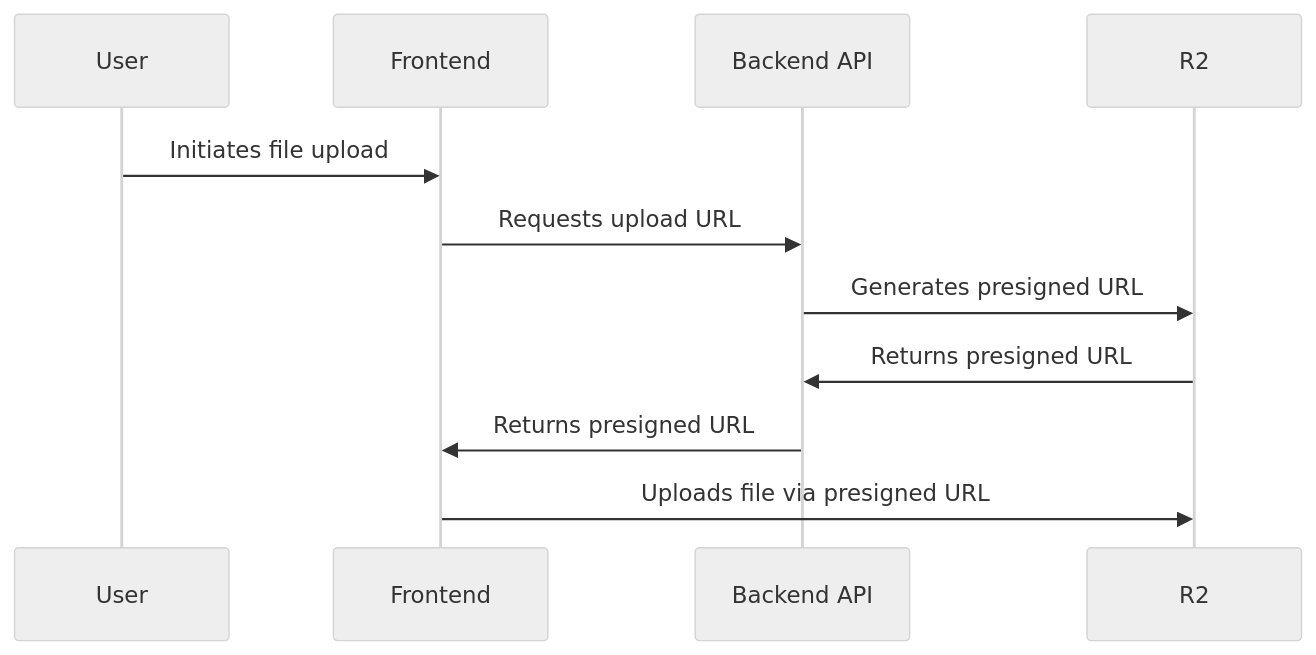
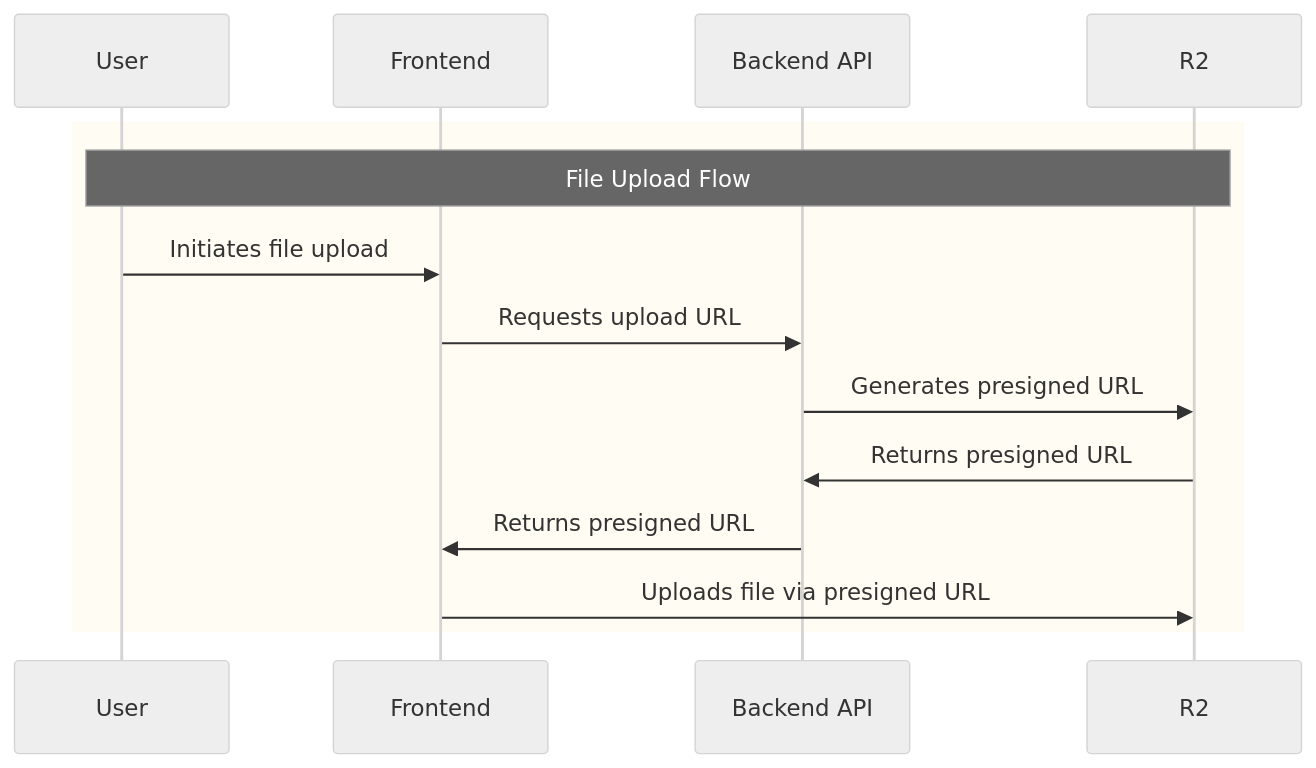
Before and after one commit to codevibesmatter/admin-cloudflare: the seventh of 12 diagrams in docs/ARCHITECTURE.md, drawn with Mermaid (neutral theme). The commit also changed other lines of this file and 18 other files, not shown here.

````diff
--- a/docs/ARCHITECTURE.md
+++ b/docs/ARCHITECTURE.md
@@ -413,14 +416,17 @@
 ```mermaid
 sequenceDiagram
     participant User
     participant Frontend
     participant Backend API
     participant R2
 
-    User->>Frontend: Initiates file upload
-    Frontend->>Backend API: Requests upload URL
-    Backend API->>R2: Generates presigned URL
-    R2->>Backend API: Returns presigned URL
-    Backend API->>Frontend: Returns presigned URL
-    Frontend->>R2: Uploads file via presigned URL
+    rect rgb(255, 253, 243)
+        Note over User,R2: File Upload Flow
+        User->>Frontend: Initiates file upload
+        Frontend->>Backend API: Requests upload URL
+        Backend API->>R2: Generates presigned URL
+        R2->>Backend API: Returns presigned URL
+        Backend API->>Frontend: Returns presigned URL
+        Frontend->>R2: Uploads file via presigned URL
+    end
 ```
````
